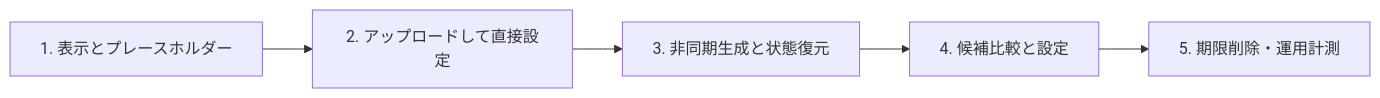
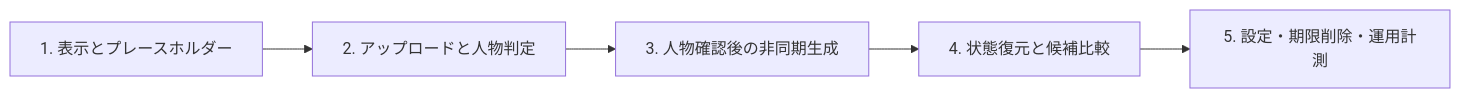
Before and after one commit to kkyosuke/me-builder: the fourth of 4 diagrams in docs/product/avatar-experience.md, drawn with Mermaid. The commit also changed other lines of this file and 15 other files, not shown here.

````diff
--- a/docs/product/avatar-experience.md
+++ b/docs/product/avatar-experience.md
@@ -311,7 +323,7 @@
 ```mermaid
 flowchart LR
-    A[1. 表示とプレースホルダー] --> B[2. アップロードして直接設定]
-    B --> C[3. 非同期生成と状態復元]
-    C --> D[4. 候補比較と設定]
-    D --> E[5. 期限削除・運用計測]
+    A[1. 表示とプレースホルダー] --> B[2. アップロードと人物判定]
+    B --> C[3. 人物確認後の非同期生成]
+    C --> D[4. 状態復元と候補比較]
+    D --> E[5. 設定・期限削除・運用計測]
 ```
````
